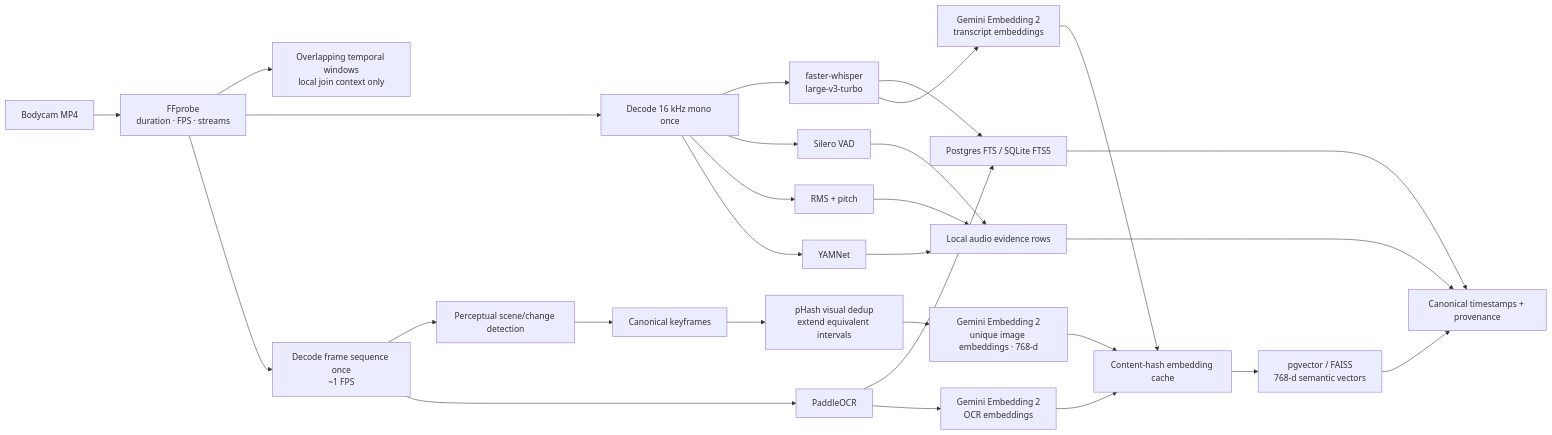
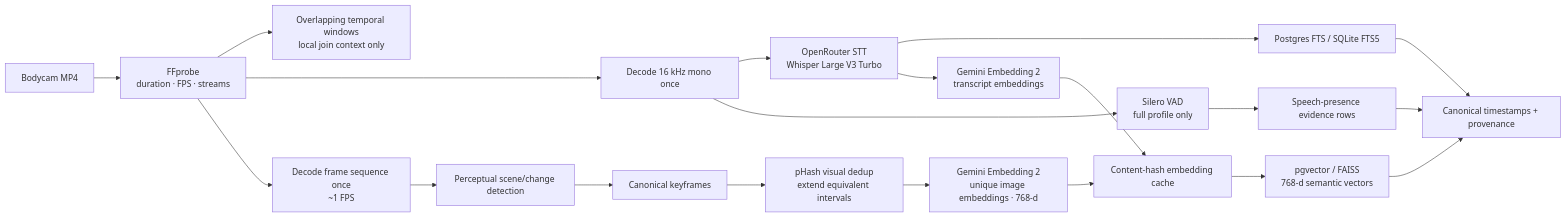
Before and after one commit to giaphoang/PatrolLens: the third of 9 diagrams in SYSTEM_DESIGN.md, drawn with Mermaid. The commit also changed other lines of this file and 20 other files, not shown here.

Commit message:
Refactor paddleocr, rms/ptch, YamNet from ingestion/indexing pipeline to aid for lightweight embedding.

````diff
--- a/SYSTEM_DESIGN.md
+++ b/SYSTEM_DESIGN.md
@@ -91,32 +91,24 @@
 ```mermaid
 flowchart LR
     V["Bodycam MP4"] --> PROBE["FFprobe<br/>duration · FPS · streams"]
     PROBE --> SEG["Overlapping temporal windows<br/>local join context only"]
     PROBE --> AUDIO["Decode 16 kHz mono once"]
     PROBE --> FRAMES["Decode frame sequence once<br/>~1 FPS"]
 
     FRAMES --> CHANGE["Perceptual scene/change detection"]
     CHANGE --> KEYFRAMES["Canonical keyframes"]
     KEYFRAMES --> DEDUP["pHash visual dedup<br/>extend equivalent intervals"]
-    AUDIO --> ASR["faster-whisper<br/>large-v3-turbo"]
-    AUDIO --> VAD["Silero VAD"]
-    AUDIO --> PROSODY["RMS + pitch"]
-    AUDIO --> EVENTS["YAMNet"]
+    AUDIO --> ASR["OpenRouter STT<br/>Whisper Large V3 Turbo"]
+    AUDIO --> VAD["Silero VAD<br/>full profile only"]
     DEDUP --> IMAGE_EMB["Gemini Embedding 2<br/>unique image embeddings · 768-d"]
-    FRAMES --> OCR["PaddleOCR"]
 
     ASR --> FTS["Postgres FTS / SQLite FTS5"]
     ASR --> TEXT_EMB["Gemini Embedding 2<br/>transcript embeddings"]
-    OCR --> FTS
-    OCR --> OCR_EMB["Gemini Embedding 2<br/>OCR embeddings"]
-    VAD --> SQL["Local audio evidence rows"]
-    PROSODY --> SQL
-    EVENTS --> SQL
+    VAD --> SQL["Speech-presence evidence rows"]
     IMAGE_EMB --> CACHE["Content-hash embedding cache"]
     TEXT_EMB --> CACHE
-    OCR_EMB --> CACHE
     CACHE --> VEC["pgvector / FAISS<br/>768-d semantic vectors"]
     FTS --> META["Canonical timestamps + provenance"]
     SQL --> META
     VEC --> META
 ```
````
